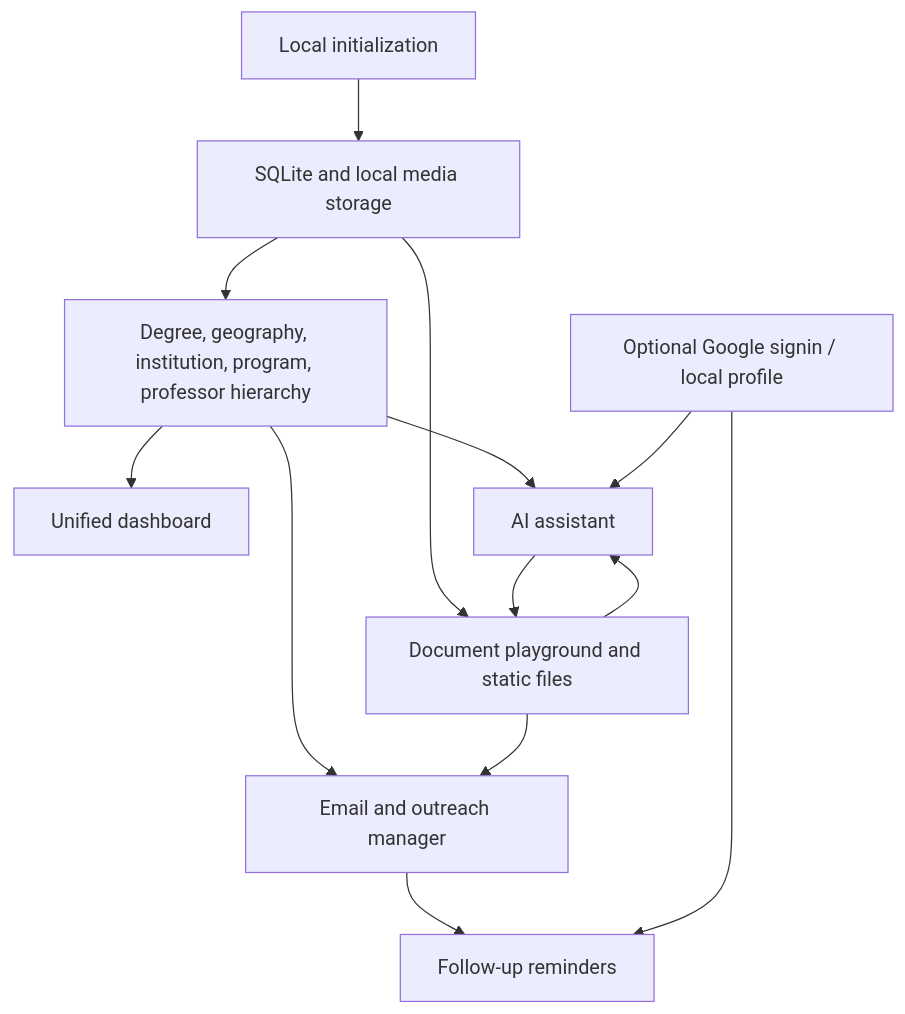
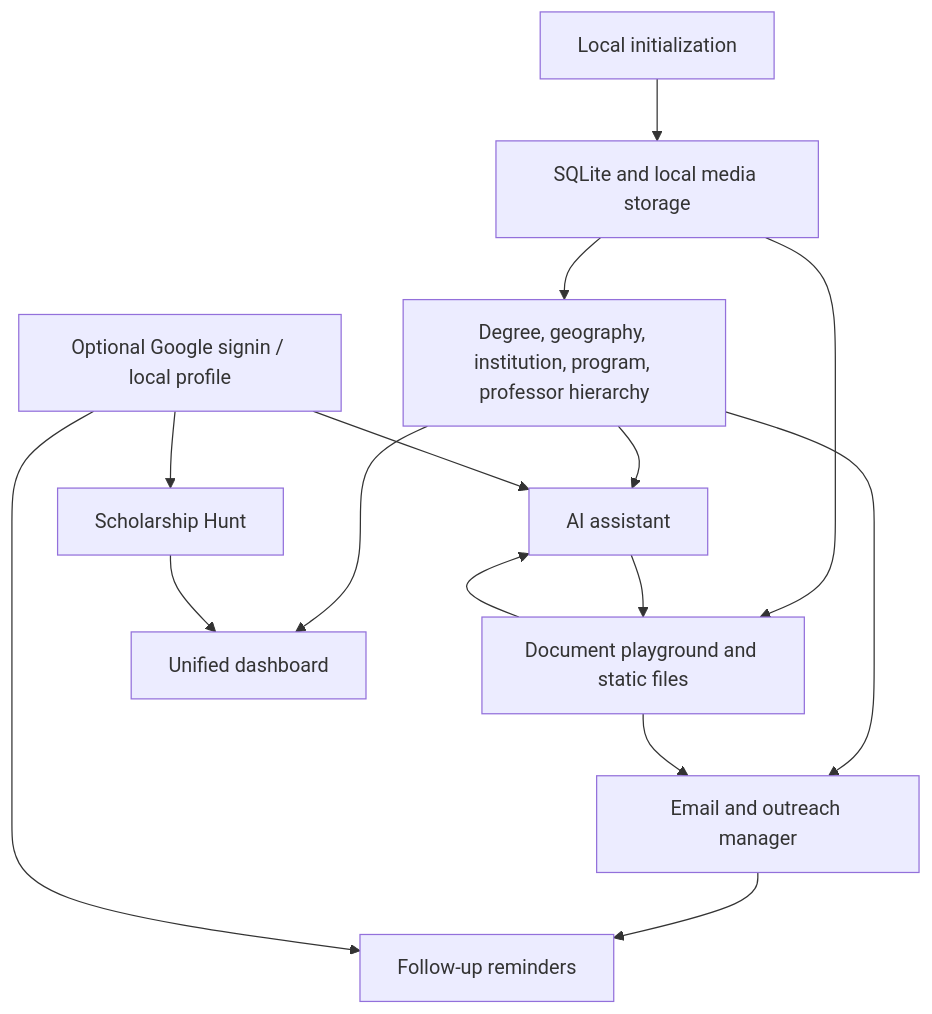
The diagram in AI-Context/functional/feature-map.md (fahadPathan7/ScholarDocX), drawn with Mermaid before and after one commit. The commit also changed other lines of this file and 20 other files, not shown here.

Commit message:
updated scholarship hunt

````diff
--- a/AI-Context/functional/feature-map.md
+++ b/AI-Context/functional/feature-map.md
@@ -17,15 +18,17 @@
 ```mermaid
 flowchart TD
   Init["Local initialization"] --> Storage["SQLite and local media storage"]
   Storage --> Hierarchy["Degree, geography, institution, program, professor hierarchy"]
   Storage --> Docs["Document playground and static files"]
   Hierarchy --> Dashboard["Unified dashboard"]
   Hierarchy --> Outreach["Email and outreach manager"]
   Docs --> Outreach
   Docs --> AI["AI assistant"]
   Outreach --> Reminders["Follow-up reminders"]
   Hierarchy --> AI
   AI --> Docs
   Auth["Optional Google signin / local profile"] --> AI
   Auth --> Reminders
+  Auth --> News["Scholarship Hunt"]
+  News --> Dashboard
 ```
````
